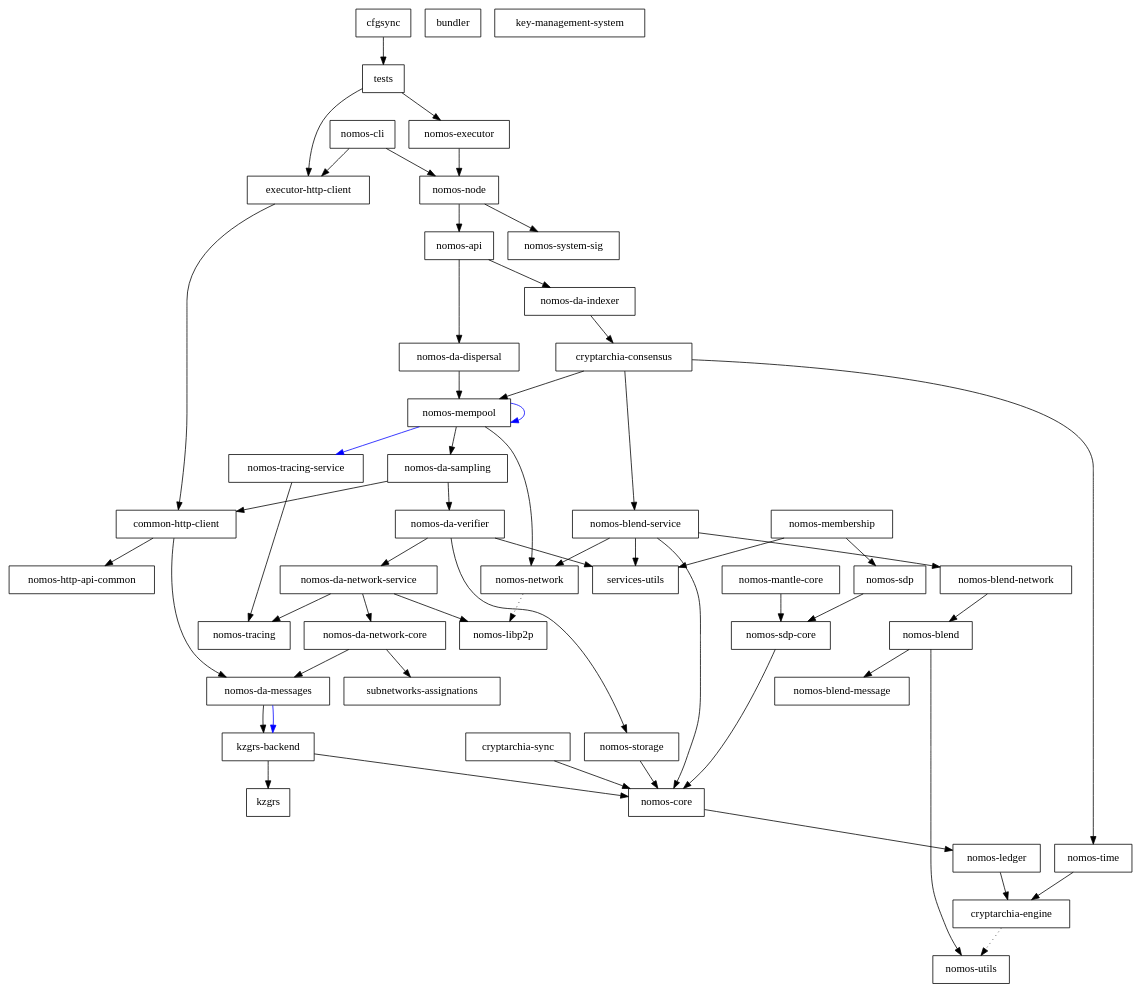
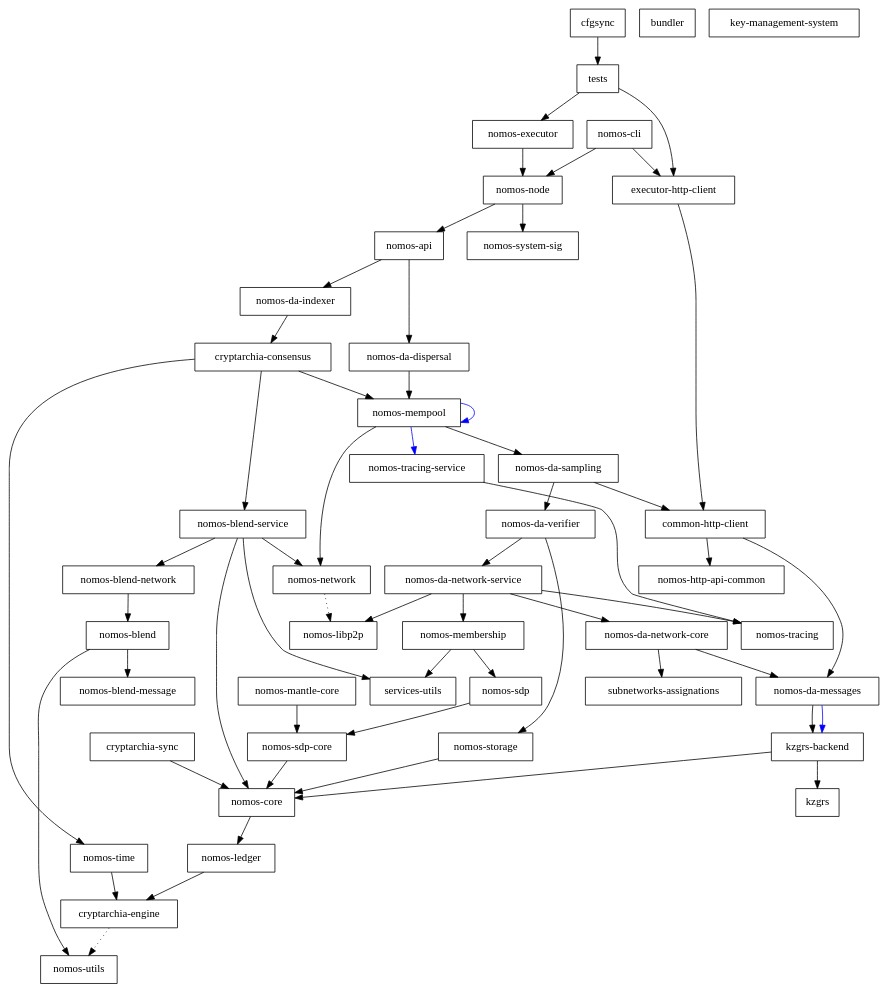
The diagram in dependencies_graph.dot (Astro521/logos-blockchain), drawn with Graphviz before and after one commit. The commit also changed 46 other files, not shown here.

Commit message:
feat(da): nomos da mock membership adapter integration (#1353)

```diff
--- a/dependencies_graph.dot
+++ b/dependencies_graph.dot
@@ -1,102 +1,102 @@
 digraph {
     0 [ label = "cryptarchia-engine" shape = box]
     1 [ label = "nomos-utils" shape = box]
     2 [ label = "cryptarchia-sync" shape = box]
     3 [ label = "nomos-core" shape = box]
     4 [ label = "nomos-ledger" shape = box]
     5 [ label = "nomos-http-api-common" shape = box]
     6 [ label = "nomos-executor" shape = box]
     7 [ label = "kzgrs-backend" shape = box]
     8 [ label = "kzgrs" shape = box]
     9 [ label = "nomos-api" shape = box]
     10 [ label = "cryptarchia-consensus" shape = box]
     11 [ label = "nomos-blend-service" shape = box]
     12 [ label = "nomos-blend" shape = box]
     13 [ label = "nomos-blend-message" shape = box]
     14 [ label = "nomos-blend-network" shape = box]
     15 [ label = "nomos-libp2p" shape = box]
     16 [ label = "nomos-network" shape = box]
     17 [ label = "services-utils" shape = box]
     18 [ label = "nomos-da-sampling" shape = box]
     19 [ label = "common-http-client" shape = box]
     20 [ label = "nomos-da-messages" shape = box]
     21 [ label = "nomos-da-network-core" shape = box]
     22 [ label = "subnetworks-assignations" shape = box]
     23 [ label = "nomos-da-network-service" shape = box]
-    24 [ label = "nomos-tracing" shape = box]
-    25 [ label = "nomos-da-verifier" shape = box]
-    26 [ label = "nomos-storage" shape = box]
-    27 [ label = "nomos-mempool" shape = box]
-    28 [ label = "nomos-tracing-service" shape = box]
-    29 [ label = "nomos-time" shape = box]
-    30 [ label = "nomos-da-dispersal" shape = box]
-    31 [ label = "nomos-da-indexer" shape = box]
-    32 [ label = "nomos-node" shape = box]
-    33 [ label = "nomos-system-sig" shape = box]
-    34 [ label = "executor-http-client" shape = box]
-    35 [ label = "bundler" shape = box]
-    36 [ label = "nomos-cli" shape = box]
-    37 [ label = "nomos-mantle-core" shape = box]
-    38 [ label = "nomos-sdp-core" shape = box]
-    39 [ label = "key-management-system" shape = box]
-    40 [ label = "nomos-membership" shape = box]
-    41 [ label = "nomos-sdp" shape = box]
+    24 [ label = "nomos-membership" shape = box]
+    25 [ label = "nomos-sdp" shape = box]
+    26 [ label = "nomos-sdp-core" shape = box]
+    27 [ label = "nomos-tracing" shape = box]
+    28 [ label = "nomos-da-verifier" shape = box]
+    29 [ label = "nomos-storage" shape = box]
+    30 [ label = "nomos-mempool" shape = box]
+    31 [ label = "nomos-tracing-service" shape = box]
+    32 [ label = "nomos-time" shape = box]
+    33 [ label = "nomos-da-dispersal" shape = box]
+    34 [ label = "nomos-da-indexer" shape = box]
+    35 [ label = "nomos-node" shape = box]
+    36 [ label = "nomos-system-sig" shape = box]
+    37 [ label = "executor-http-client" shape = box]
+    38 [ label = "bundler" shape = box]
+    39 [ label = "nomos-cli" shape = box]
+    40 [ label = "nomos-mantle-core" shape = box]
+    41 [ label = "key-management-system" shape = box]
     42 [ label = "cfgsync" shape = box]
     43 [ label = "tests" shape = box]
     0 -> 1 [ style = dotted]
     2 -> 3 [ ]
     3 -> 4 [ ]
     4 -> 0 [ ]
-    6 -> 32 [ ]
+    6 -> 35 [ ]
     7 -> 8 [ ]
     7 -> 3 [ ]
-    9 -> 30 [ ]
-    9 -> 31 [ ]
+    9 -> 33 [ ]
+    9 -> 34 [ ]
     10 -> 11 [ ]
-    10 -> 27 [ ]
-    10 -> 29 [ ]
+    10 -> 30 [ ]
+    10 -> 32 [ ]
     11 -> 14 [ ]
     11 -> 3 [ ]
     11 -> 16 [ ]
     11 -> 17 [ ]
     12 -> 13 [ ]
     12 -> 1 [ ]
     14 -> 12 [ ]
     16 -> 15 [ style = dotted]
     18 -> 19 [ ]
-    18 -> 25 [ ]
+    18 -> 28 [ ]
     19 -> 20 [ ]
     19 -> 5 [ ]
     20 -> 7 [ ]
     20 -> 7 [ color = blue]
     21 -> 20 [ ]
     21 -> 22 [ ]
     23 -> 21 [ ]
     23 -> 15 [ ]
     23 -> 24 [ ]
-    25 -> 23 [ ]
+    23 -> 27 [ ]
+    24 -> 25 [ ]
+    24 -> 17 [ ]
     25 -> 26 [ ]
-    25 -> 17 [ ]
     26 -> 3 [ ]
-    27 -> 18 [ ]
-    27 -> 27 [ color = blue]
-    27 -> 16 [ ]
-    27 -> 28 [ color = blue]
-    28 -> 24 [ ]
-    29 -> 0 [ ]
-    30 -> 27 [ ]
-    31 -> 10 [ ]
-    32 -> 9 [ ]
-    32 -> 33 [ ]
-    34 -> 19 [ ]
-    36 -> 34 [ ]
-    36 -> 32 [ ]
-    37 -> 38 [ ]
-    38 -> 3 [ ]
-    40 -> 41 [ ]
-    40 -> 17 [ ]
-    41 -> 38 [ ]
+    28 -> 23 [ ]
+    28 -> 29 [ ]
+    29 -> 3 [ ]
+    30 -> 18 [ ]
+    30 -> 30 [ color = blue]
+    30 -> 16 [ ]
+    30 -> 31 [ color = blue]
+    31 -> 27 [ ]
+    32 -> 0 [ ]
+    33 -> 30 [ ]
+    34 -> 10 [ ]
+    35 -> 9 [ ]
+    35 -> 36 [ ]
+    37 -> 19 [ ]
+    39 -> 37 [ ]
+    39 -> 35 [ ]
+    40 -> 26 [ ]
     42 -> 43 [ ]
-    43 -> 34 [ ]
+    43 -> 37 [ ]
     43 -> 6 [ ]
 }
```
